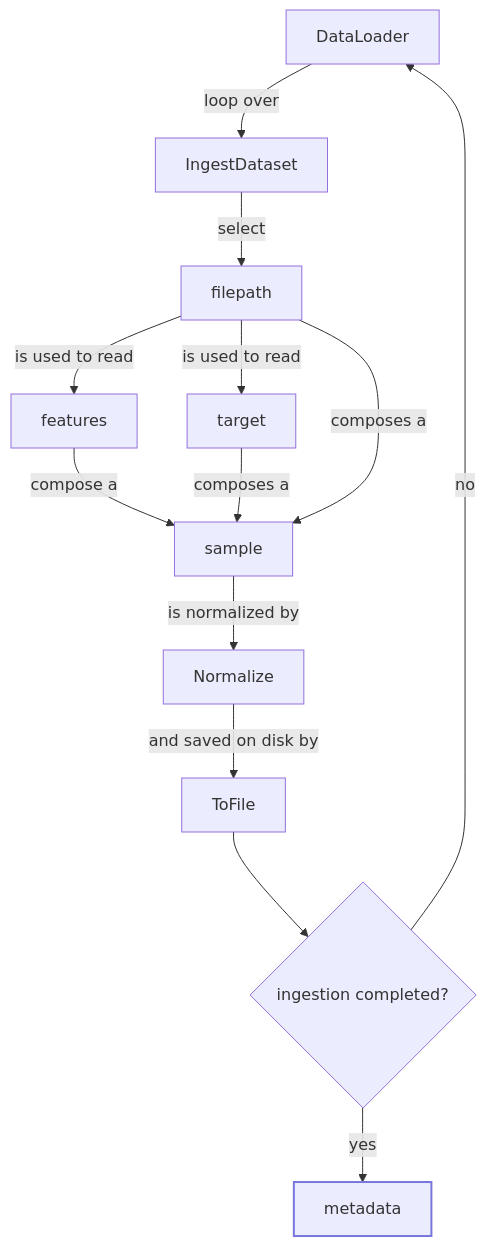
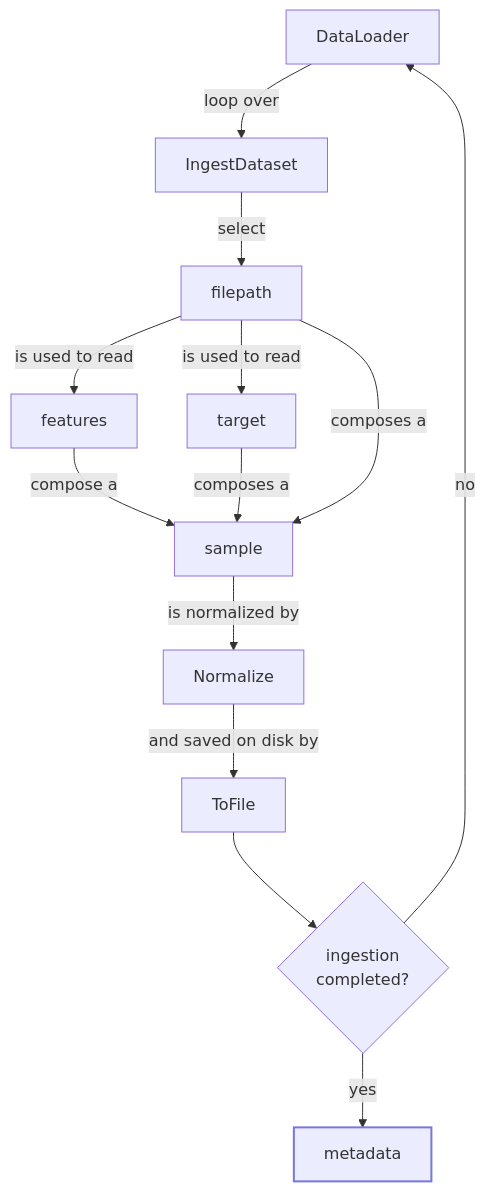
The diagram in README.md (nextbitlabs/pytorch-template), drawn with Mermaid before and after one commit. The commit also changed other lines of this file, not shown here.

Commit message:
update install commands

````diff
--- a/README.md
+++ b/README.md
@@ -89,17 +91,17 @@
 ```mermaid
 graph TD;
     DataLoader-->|loop over|IngestDataset
     IngestDataset-->|select|filepath
     filepath-->|is used to read|features
     filepath-->|is used to read|target
     features-->|compose a|sample
     target-->|composes a|sample
     filepath-->|composes a|sample
     sample-->|is normalized by|Normalize
     Normalize-->|and saved on disk by|ToFile
-    ToFile-->decision{ingestion completed?}
+    ToFile-->decision{ingestion<br/>completed?}
     decision-->|no|DataLoader
     decision-->|yes|metadata
     
     style metadata stroke:#77d,stroke-width:2px
 ```
````
